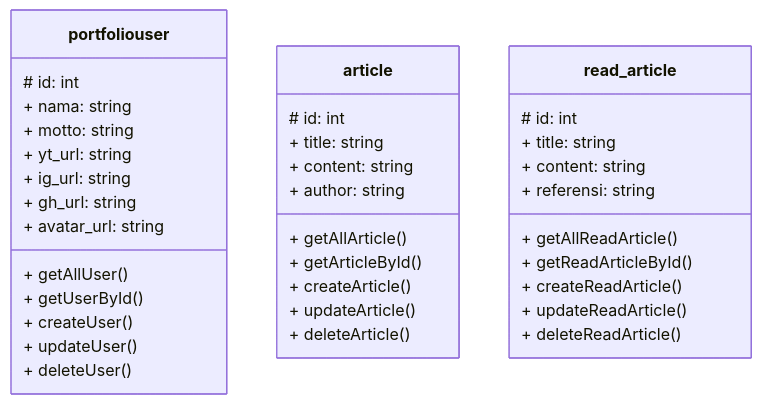
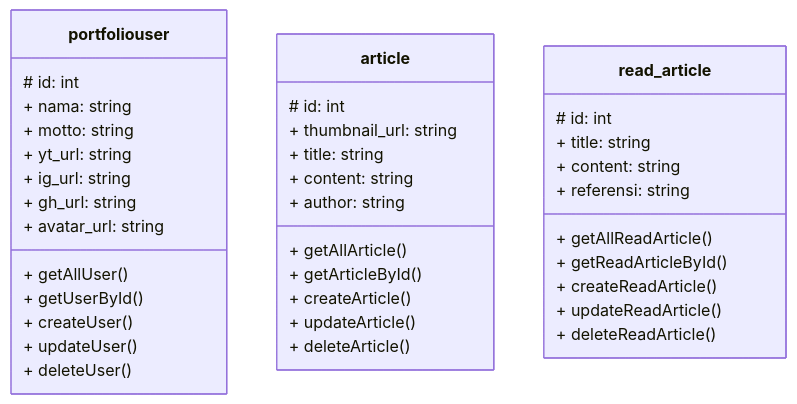
The diagram in API_POINT.md (Tariiss/tekweb2022), drawn with Mermaid before and after one commit. The commit also changed other lines of this file, not shown here.

````diff
--- a/API_POINT.md
+++ b/API_POINT.md
@@ -310,39 +314,40 @@
 ```mermaid
 classDiagram
     class portfoliouser{
         # id: int
         + nama: string
         + motto: string
         + yt_url: string
         + ig_url: string
         + gh_url: string
         + avatar_url: string
         + getAllUser()
         + getUserById()
         + createUser()
         + updateUser()
         + deleteUser()
     }
     class article{
         # id: int
+        + thumbnail_url: string
         + title: string
         + content: string
         + author: string
         + getAllArticle()
         + getArticleById()
         + createArticle()
         + updateArticle()
         + deleteArticle()
     }
     class read_article{
         # id: int
         + title: string
         + content: string
         + referensi: string
         + getAllReadArticle()
         + getReadArticleById()
         + createReadArticle()
         + updateReadArticle()
         + deleteReadArticle()
     }
 ```
````
